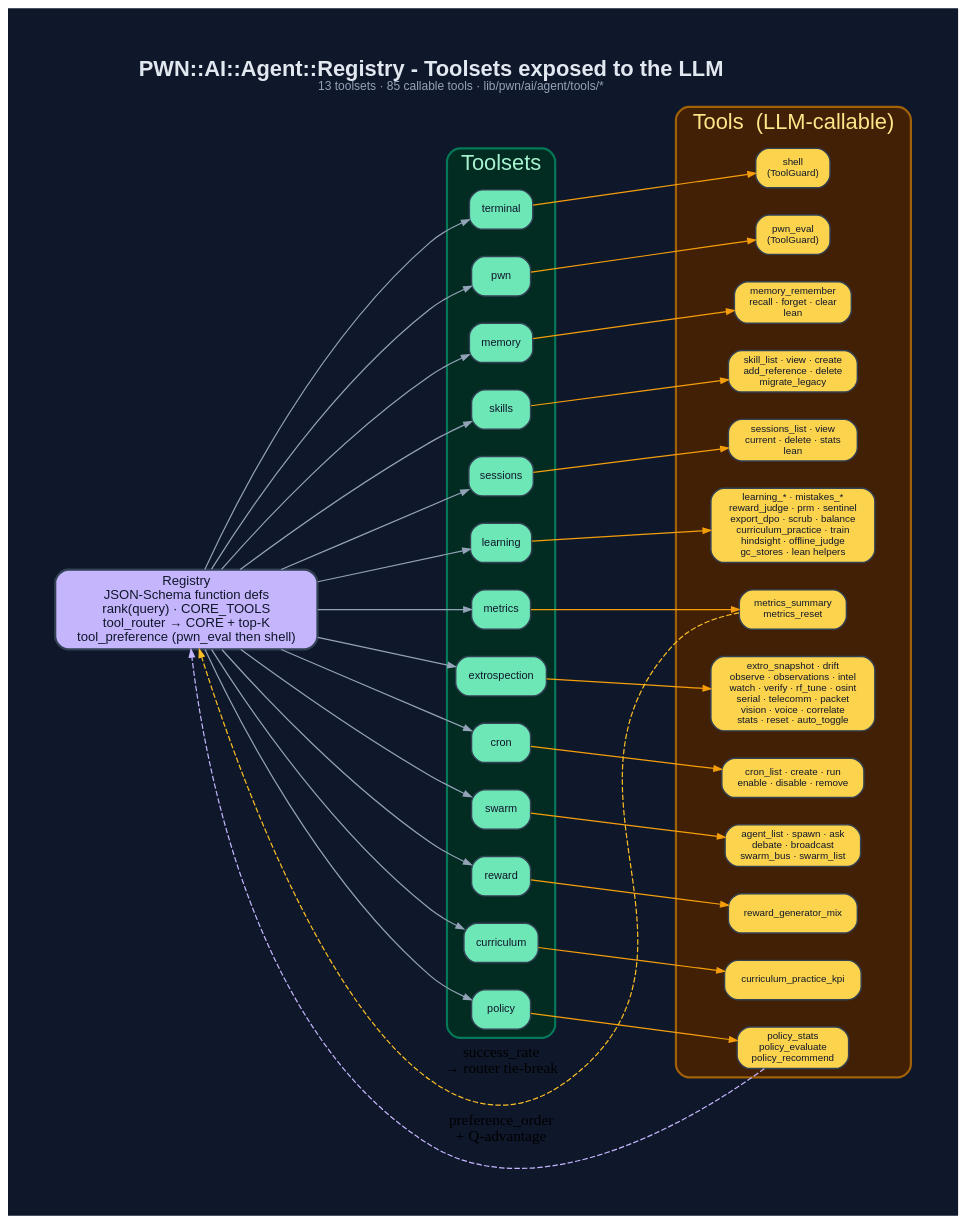
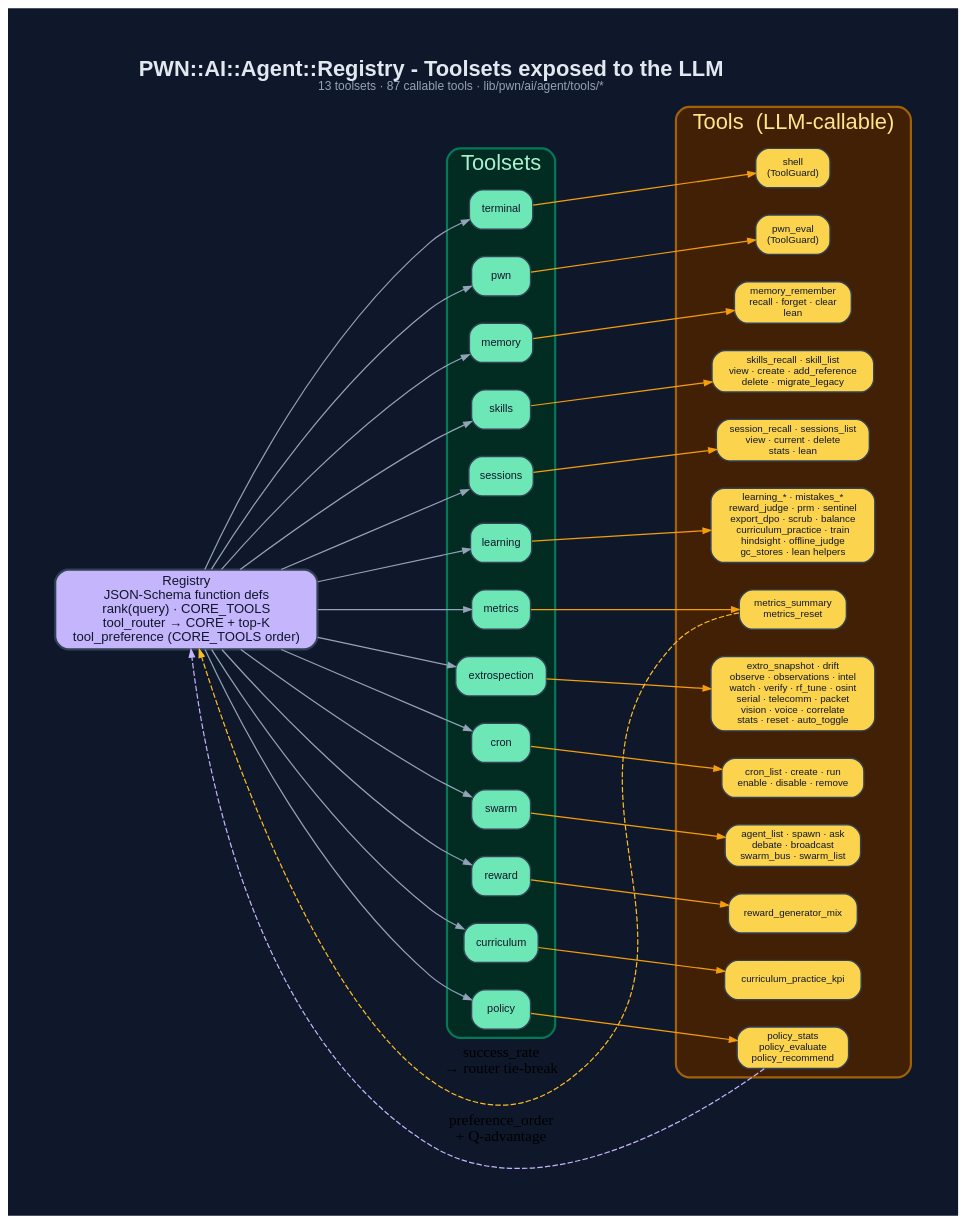
Before and after one commit to 0dayInc/pwn: the diagram in documentation/diagrams/dot/agent-tool-registry.dot, drawn with Graphviz. The commit also changed 52 other files, not shown here.

Commit message:
PWN::AI::Agent::Registry module - implement tool priority order preferences (including broader list of tools), `spin.stop` object #bugfix in `pwn-ai`, and documentation updates

```diff
--- a/documentation/diagrams/dot/agent-tool-registry.dot
+++ b/documentation/diagrams/dot/agent-tool-registry.dot
@@ -1,72 +1,72 @@
 digraph "PWN_Agent_Tool_Registry" {
   graph [
-    label=<<B>PWN::AI::Agent::Registry - Toolsets exposed to the LLM</B><BR/><FONT POINT-SIZE="11" COLOR="#94a3b8">13 toolsets · 85 callable tools · lib/pwn/ai/agent/tools/*</FONT>>,
+    label=<<B>PWN::AI::Agent::Registry - Toolsets exposed to the LLM</B><BR/><FONT POINT-SIZE="11" COLOR="#94a3b8">13 toolsets · 87 callable tools · lib/pwn/ai/agent/tools/*</FONT>>,
     labelloc=t, fontsize=20, fontname="Helvetica",
     rankdir=LR, splines=spline, nodesep=0.35, ranksep=1.4,
     bgcolor="#0f172a", fontcolor="#e2e8f0", pad=0.6, newrank=true
   ];
   node [fontname="Helvetica", fontsize=10, style="filled,rounded",
         shape=box, penwidth=1.3, color="#334155", fontcolor="#0f172a"];
   edge [color="#94a3b8", penwidth=1.1, arrowsize=0.7];
 
-  Registry [label="Registry\nJSON-Schema function defs\nrank(query) · CORE_TOOLS\ntool_router → CORE + top-K\ntool_preference (pwn_eval then shell)", fillcolor="#c4b5fd", fontsize=12, penwidth=2];
+  Registry [label="Registry\nJSON-Schema function defs\nrank(query) · CORE_TOOLS\ntool_router → CORE + top-K\ntool_preference (CORE_TOOLS order)", fillcolor="#c4b5fd", fontsize=12, penwidth=2];
 
   subgraph cluster_ts {
     label="Toolsets"; fontcolor="#a7f3d0"; style=rounded;
     color="#047857"; bgcolor="#022c22"; penwidth=2;
     terminal [label="terminal", fillcolor="#6ee7b7"];
     pwn      [label="pwn",      fillcolor="#6ee7b7"];
     memory   [label="memory",   fillcolor="#6ee7b7"];
     skills   [label="skills",   fillcolor="#6ee7b7"];
     sessions [label="sessions", fillcolor="#6ee7b7"];
     learning [label="learning", fillcolor="#6ee7b7"];
     metrics  [label="metrics",  fillcolor="#6ee7b7"];
     extro    [label="extrospection", fillcolor="#6ee7b7"];
     cron     [label="cron",     fillcolor="#6ee7b7"];
     swarm    [label="swarm",    fillcolor="#6ee7b7"];
     reward   [label="reward",   fillcolor="#6ee7b7"];
     curric   [label="curriculum", fillcolor="#6ee7b7"];
     policy   [label="policy",   fillcolor="#6ee7b7"];
   }
 
   subgraph cluster_tools {
     label="Tools  (LLM-callable)"; fontcolor="#fde68a"; style=rounded;
     color="#a16207"; bgcolor="#422006"; penwidth=2;
     node [fillcolor="#fcd34d", fontsize=9];
     t_shell   [label="shell\n(ToolGuard)"];
     t_eval    [label="pwn_eval\n(ToolGuard)"];
     t_mem     [label="memory_remember\nrecall · forget · clear\nlean"];
-    t_skill   [label="skill_list · view · create\nadd_reference · delete\nmigrate_legacy"];
-    t_sess    [label="sessions_list · view\ncurrent · delete · stats\nlean"];
+    t_skill   [label="skills_recall · skill_list\nview · create · add_reference\ndelete · migrate_legacy"];
+    t_sess    [label="session_recall · sessions_list\nview · current · delete\nstats · lean"];
     t_learn   [label="learning_* · mistakes_*\nreward_judge · prm · sentinel\nexport_dpo · scrub · balance\ncurriculum_practice · train\nhindsight · offline_judge\ngc_stores · lean helpers"];
     t_metric  [label="metrics_summary\nmetrics_reset"];
     t_extro   [label="extro_snapshot · drift\nobserve · observations · intel\nwatch · verify · rf_tune · osint\nserial · telecomm · packet\nvision · voice · correlate\nstats · reset · auto_toggle"];
     t_cron    [label="cron_list · create · run\nenable · disable · remove"];
     t_swarm   [label="agent_list · spawn · ask\ndebate · broadcast\nswarm_bus · swarm_list"];
     t_reward  [label="reward_generator_mix"];
     t_curric  [label="curriculum_practice_kpi"];
     t_policy  [label="policy_stats\npolicy_evaluate\npolicy_recommend"];
   }
 
   Registry -> terminal; Registry -> pwn; Registry -> memory;
   Registry -> skills; Registry -> sessions; Registry -> learning;
   Registry -> metrics; Registry -> extro; Registry -> cron; Registry -> swarm;
   Registry -> reward; Registry -> curric; Registry -> policy;
 
   terminal -> t_shell  [color="#f59e0b"];
   pwn      -> t_eval   [color="#f59e0b"];
   memory   -> t_mem    [color="#f59e0b"];
   skills   -> t_skill  [color="#f59e0b"];
   sessions -> t_sess   [color="#f59e0b"];
   learning -> t_learn  [color="#f59e0b"];
   metrics  -> t_metric [color="#f59e0b"];
   extro    -> t_extro  [color="#f59e0b"];
   cron     -> t_cron   [color="#f59e0b"];
   swarm    -> t_swarm  [color="#f59e0b"];
   reward   -> t_reward [color="#f59e0b"];
   policy   -> t_policy [color="#f59e0b"];
   curric   -> t_curric [color="#f59e0b"];
 
   t_metric -> Registry [label="success_rate\n→ router tie-break", style=dashed, color="#fbbf24", constraint=false];
   t_policy -> Registry [label="preference_order\n+ Q-advantage", style=dashed, color="#c4b5fd", constraint=false];
 }
```
